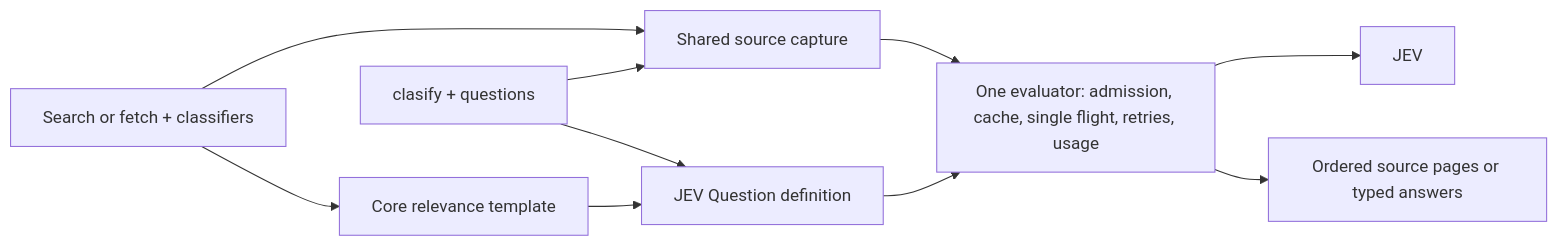
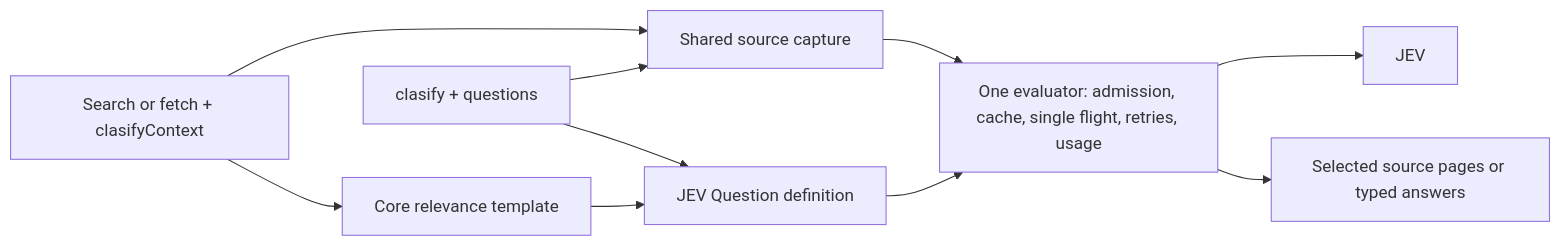
The second of 2 diagrams in docs/OCTOCODE_CLASIFY.md (bgauryy/octocode-mcp), drawn with Mermaid before and after one commit. The commit also changed other lines of this file and 694 other files, not shown here.

````diff
--- a/docs/OCTOCODE_CLASIFY.md
+++ b/docs/OCTOCODE_CLASIFY.md
@@ -112,12 +207,12 @@
 ```mermaid
 flowchart LR
-    R[Search or fetch + classifiers] --> T[Core relevance template]
+    R[Search or fetch + clasifyContext] --> T[Core relevance template]
     C[clasify + questions] --> Q[JEV Question definition]
     T --> Q
     R --> S[Shared source capture]
     C --> S
     S --> E[One evaluator: admission, cache, single flight, retries, usage]
     Q --> E
     E --> J[JEV]
-    E --> O[Ordered source pages or typed answers]
+    E --> O[Selected source pages or typed answers]
 ```
````
